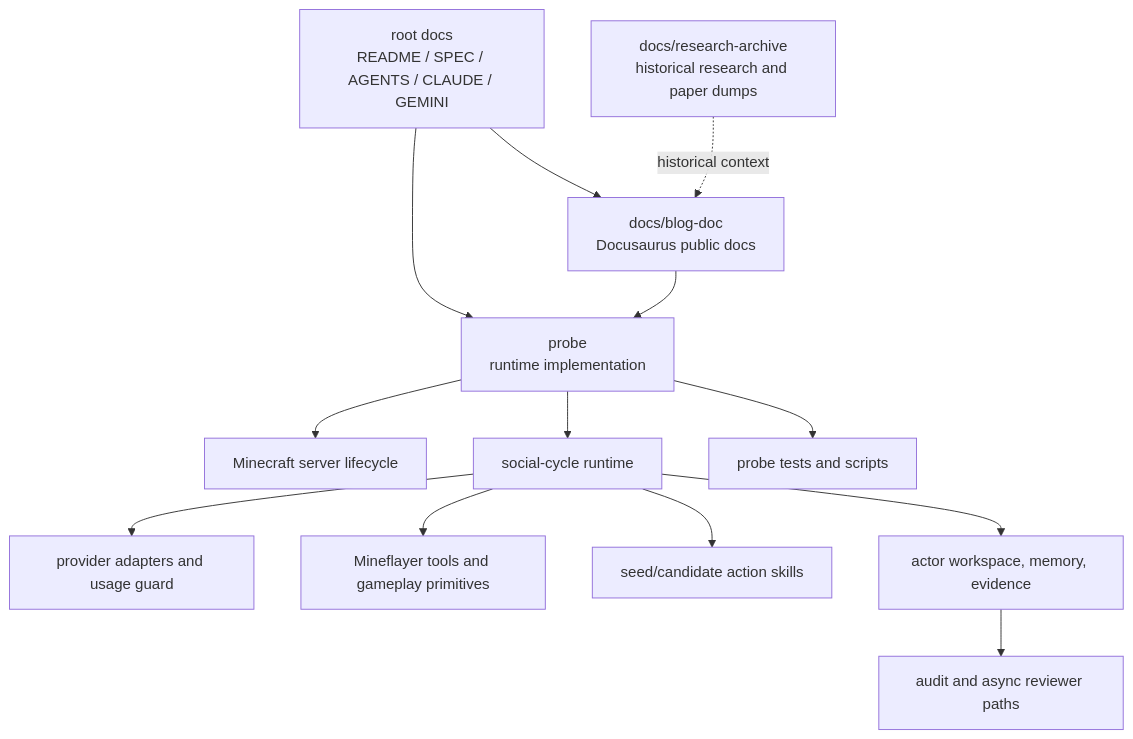
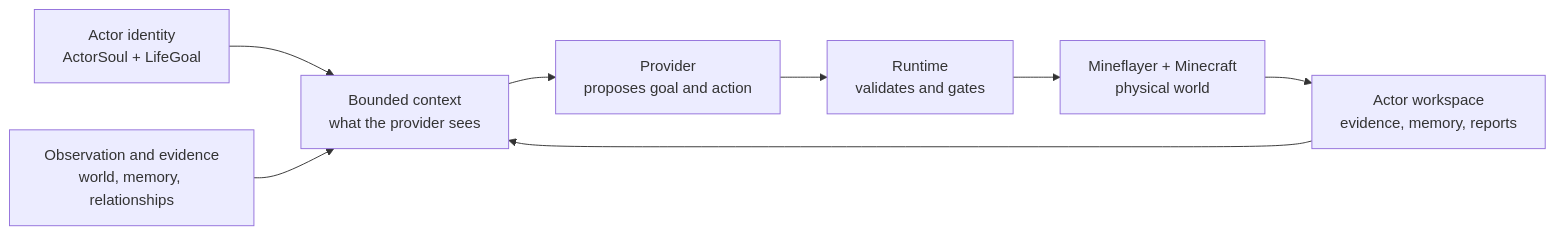
The first of 11 diagrams in CURRENT_IMPLEMENTATION_ARCHITECTURE_REVIEW.md (gigio1023/minecraft-llm-agent-community), drawn with Mermaid before and after one commit. The commit also changed other lines of this file and 83 other files, not shown here.

Commit message:
runtime: align observation context architecture

````diff
--- a/CURRENT_IMPLEMENTATION_ARCHITECTURE_REVIEW.md
+++ b/CURRENT_IMPLEMENTATION_ARCHITECTURE_REVIEW.md
@@ -86,29 +40,18 @@
 ```mermaid
-flowchart TB
-  RootDocs["root docs\nREADME / SPEC / AGENTS / CLAUDE / GEMINI"]
-  PublicDocs["docs/blog-doc\nDocusaurus public docs"]
-  Archive["docs/research-archive\nhistorical research and paper dumps"]
-  Probe["probe\nruntime implementation"]
-  Server["Minecraft server lifecycle"]
-  Runtime["social-cycle runtime"]
-  Provider["provider adapters and usage guard"]
-  Gameplay["Mineflayer tools and gameplay primitives"]
-  Skills["seed/candidate action skills"]
-  Workspace["actor workspace, memory, evidence"]
-  Review["audit and async reviewer paths"]
-  Tests["probe tests and scripts"]
+flowchart LR
+  Soul["Actor identity<br/>ActorSoul + LifeGoal"]
+  Observation["Observation and evidence<br/>world, memory, relationships"]
+  Context["Bounded context<br/>what the provider sees"]
+  Provider["Provider<br/>proposes goal and action"]
+  Runtime["Runtime<br/>validates and gates"]
+  Minecraft["Mineflayer + Minecraft<br/>physical world"]
+  Workspace["Actor workspace<br/>evidence, memory, reports"]
 
-  RootDocs --> PublicDocs
-  RootDocs --> Probe
-  PublicDocs --> Probe
-  Archive -. historical context .-> PublicDocs
-
-  Probe --> Server
-  Probe --> Runtime
-  Runtime --> Provider
-  Runtime --> Gameplay
-  Runtime --> Skills
-  Runtime --> Workspace
-  Workspace --> Review
-  Probe --> Tests
+  Soul --> Context
+  Observation --> Context
+  Workspace --> Context
+  Context --> Provider
+  Provider --> Runtime
+  Runtime --> Minecraft
+  Minecraft --> Workspace
 ```
````
